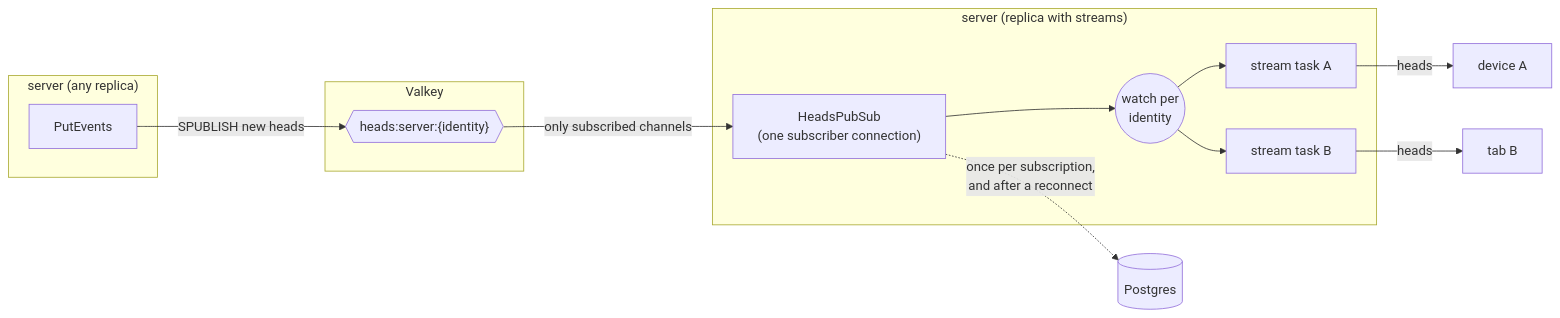
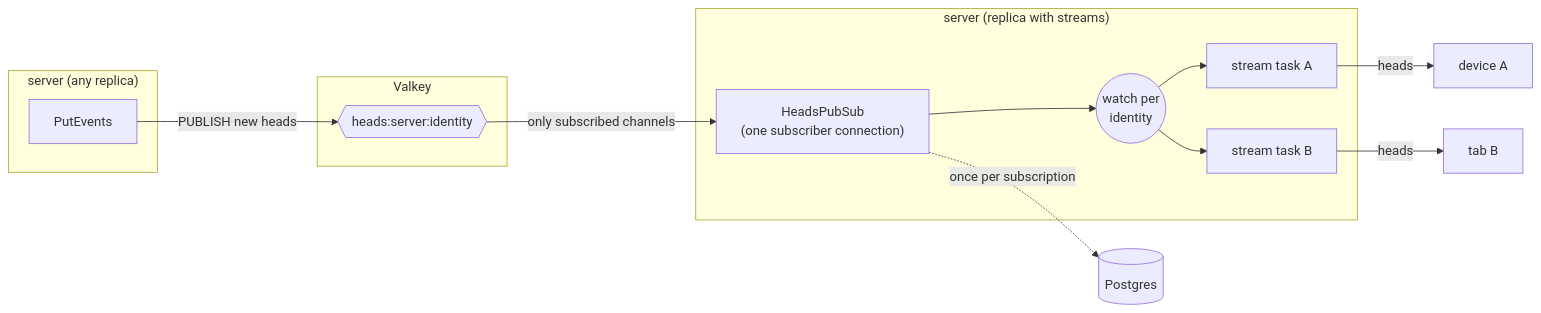
Before and after one commit to futo-org/Harbor: the first of 2 diagrams in docs/content/developer/live-sync.md, drawn with Mermaid. The commit also changed other lines of this file and 11 other files, not shown here.

````diff
--- a/docs/content/developer/live-sync.md
+++ b/docs/content/developer/live-sync.md
@@ -64,23 +61,23 @@
 ```mermaid
 flowchart LR
     subgraph writer["server (any replica)"]
         P[PutEvents]
     end
     subgraph valkey["Valkey"]
-        CH{{"heads:server:#123;identity#125;"}}
+        CH{{"heads:server:identity"}}
     end
     subgraph serve["server (replica with streams)"]
         SUB["HeadsPubSub\n(one subscriber connection)"]
         W(("watch per\nidentity"))
         S1[stream task A]
         S2[stream task B]
     end
     PG[(Postgres)]
-    P -- SPUBLISH new heads --> CH
+    P -- PUBLISH new heads --> CH
     CH -- only subscribed channels --> SUB
     SUB --> W
     W --> S1 & S2
     S1 -- heads --> D1[device A]
     S2 -- heads --> D2[tab B]
-    SUB -. "once per subscription,\nand after a reconnect" .-> PG
+    SUB -. "once per subscription" .-> PG
 ```
````
